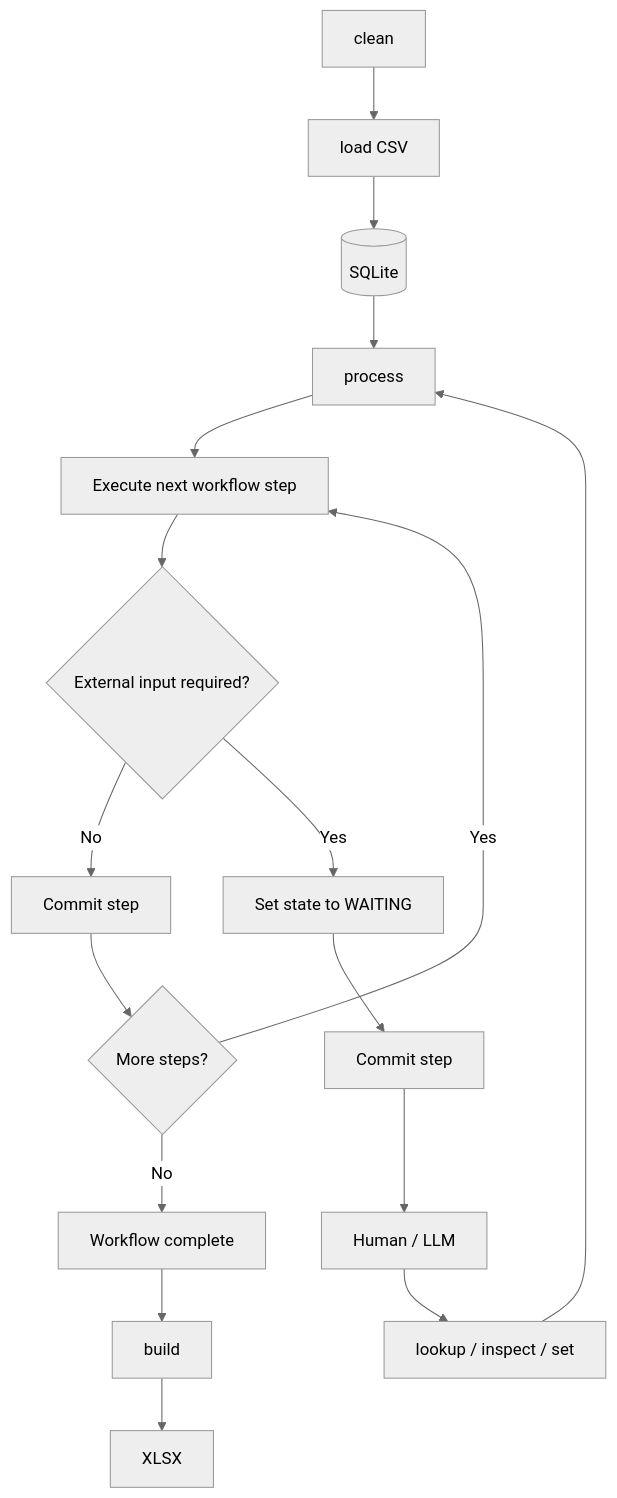
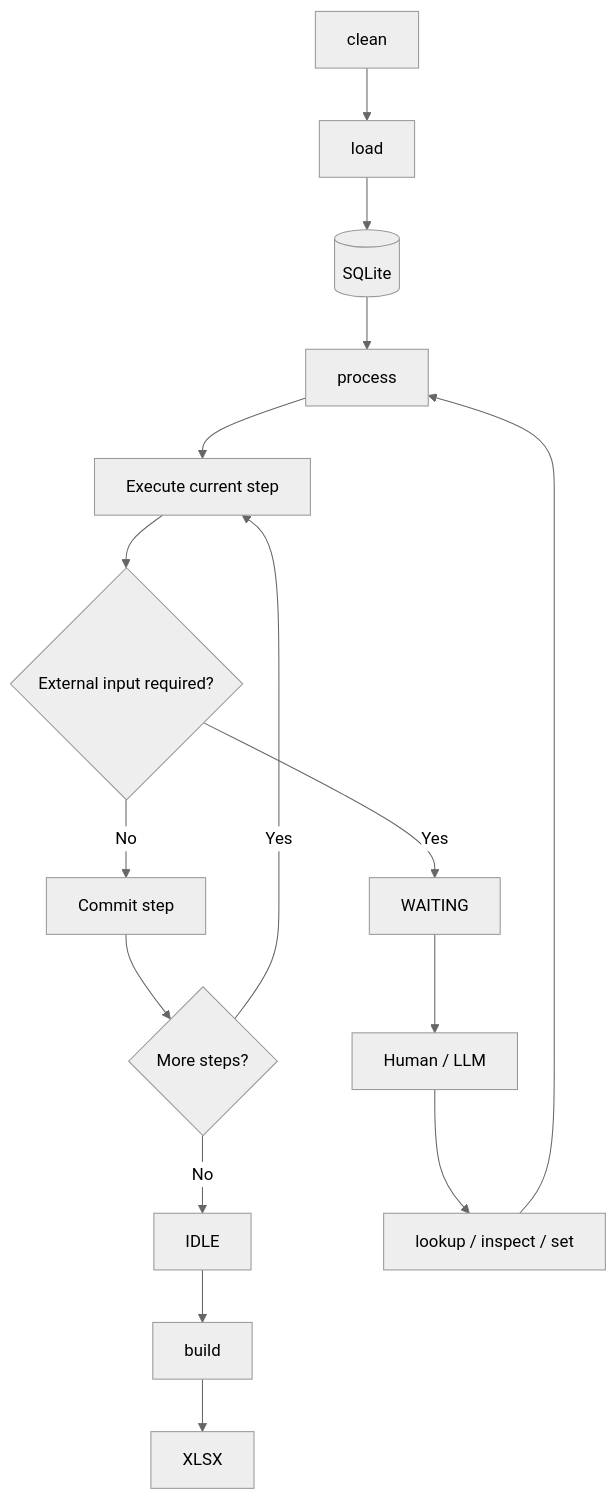
One commit to techzilla/PromptContext changed the diagram in processing.md. Above: the diagram before and after it, drawn with Mermaid (neutral theme). The commit also changed other lines of this file, not shown here.

````diff
--- a/processing.md
+++ b/processing.md
@@ -9,24 +7,23 @@
 ```mermaid
 flowchart TD
-    A[clean] --> B[load CSV]
+    A[clean] --> B[load]
     B --> C[(SQLite)]
 
     C --> D[process]
+    D --> E[Execute current step]
 
-    D --> E[Execute next workflow step]
     E --> F{External input required?}
 
     F -->|No| G[Commit step]
     G --> H{More steps?}
     H -->|Yes| E
-    H -->|No| I[Workflow complete]
+    H -->|No| I[IDLE]
 
-    F -->|Yes| J[Set state to WAITING]
-    J --> K[Commit step]
-    K --> L[Human / LLM]
-    L --> M[lookup / inspect / set]
-    M --> D
+    F -->|Yes| J[WAITING]
+    J --> K[Human / LLM]
+    K --> L[lookup / inspect / set]
+    L --> D
 
-    I --> N[build]
-    N --> O[XLSX]
+    I --> M[build]
+    M --> N[XLSX]
 ```
````
